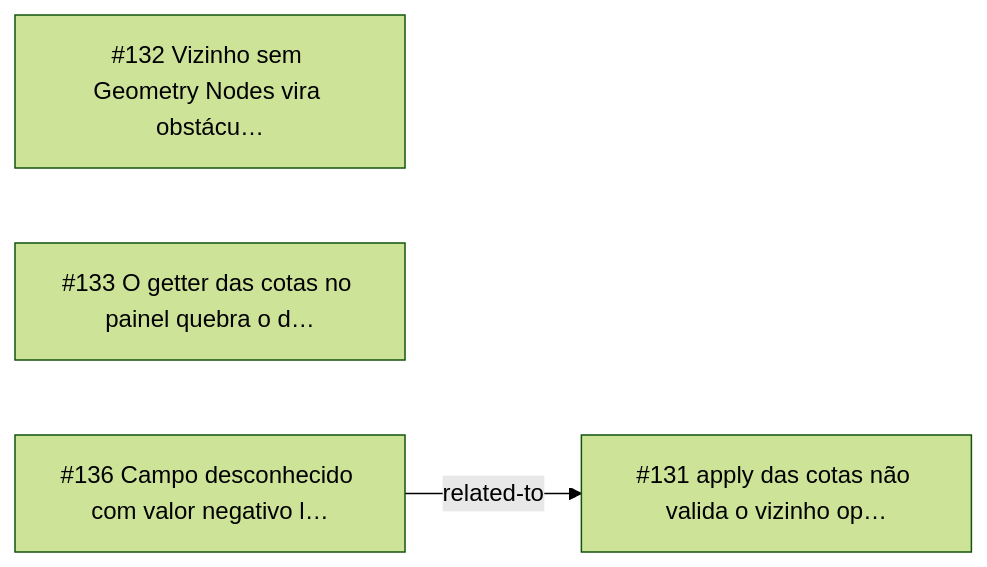
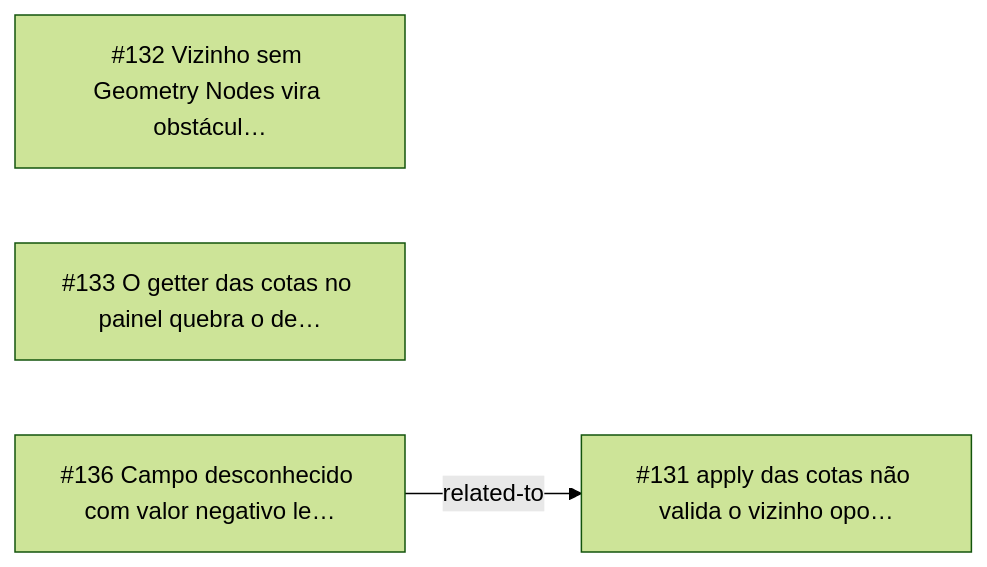
One commit to CAFFDIGITALPLATFORM/caffmob_draw changed the diagram in _reversa_bugs/measure/generated/graph.md. Above: the diagram before and after it, drawn with Mermaid (forest theme). The commit also changed other lines of this file and 220 other files, not shown here.

````diff
--- a/_reversa_bugs/measure/generated/graph.md
+++ b/_reversa_bugs/measure/generated/graph.md
@@ -5,8 +5,8 @@
 ```mermaid
 graph LR
-  BUG_20261011_3W52["#131 apply das cotas não valida o vizinho op…"]
-  BUG_20261011_NBKB["#132 Vizinho sem Geometry Nodes vira obstácu…"]
-  BUG_20261011_4ZPJ["#133 O getter das cotas no painel quebra o d…"]
-  BUG_20261011_WJHO["#136 Campo desconhecido com valor negativo l…"]
+  BUG_20261011_3W52["#131 apply das cotas não valida o vizinho opo…"]
+  BUG_20261011_NBKB["#132 Vizinho sem Geometry Nodes vira obstácul…"]
+  BUG_20261011_4ZPJ["#133 O getter das cotas no painel quebra o de…"]
+  BUG_20261011_WJHO["#136 Campo desconhecido com valor negativo le…"]
   BUG_20261011_WJHO -->|related-to| BUG_20261011_3W52
 ```
````
